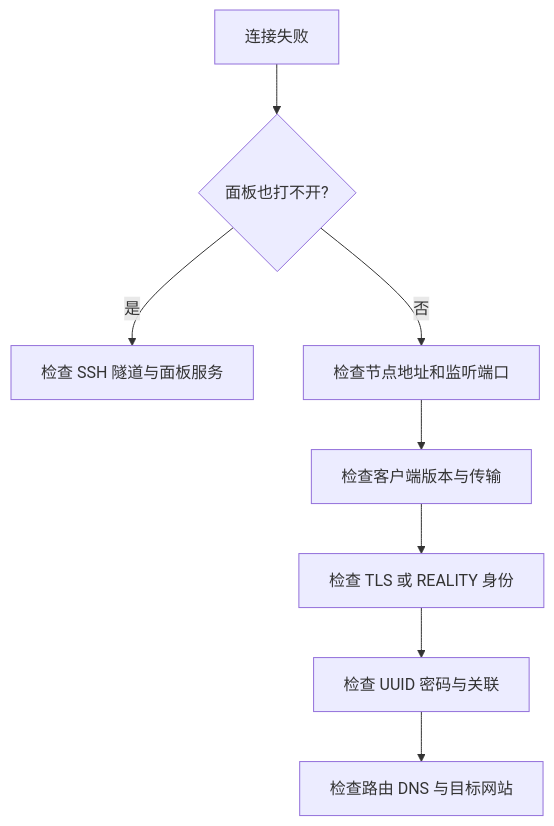
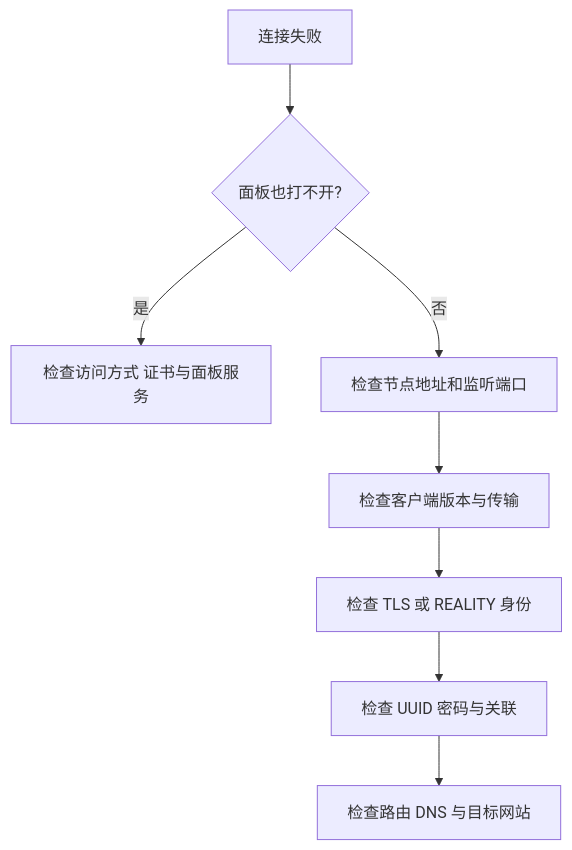
Before and after one commit to Tycalwayslove/vps-tutorial: the diagram in 04-运维与排错/连接失败的检查顺序.md, drawn with Mermaid. The commit also changed other lines of this file and 26 other files, not shown here.

````diff
--- a/04-运维与排错/连接失败的检查顺序.md
+++ b/04-运维与排错/连接失败的检查顺序.md
@@ -5,10 +5,10 @@
 ```mermaid
 flowchart TD
   A[连接失败] --> B{面板也打不开?}
-  B -->|是| C[检查 SSH 隧道与面板服务]
+  B -->|是| C[检查访问方式 证书与面板服务]
   B -->|否| D[检查节点地址和监听端口]
   D --> E[检查客户端版本与传输]
   E --> F[检查 TLS 或 REALITY 身份]
   F --> G[检查 UUID 密码与关联]
   G --> H[检查路由 DNS 与目标网站]
 ```
````
